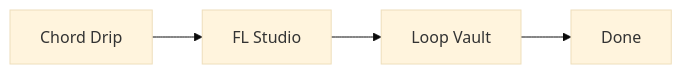
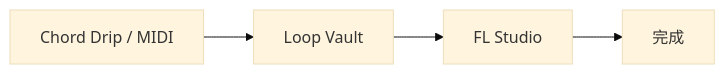
The diagram in README.md (Takuyakou/loop-vault), drawn with Mermaid (base theme) before and after one commit. The commit also changed other lines of this file, not shown here.

````diff
--- a/README.md
+++ b/README.md
@@ -9,6 +25,6 @@
 ```mermaid
 flowchart LR
-  A["Chord Drip"] --> B["FL Studio"]
-  B --> C["Loop Vault"]
-  C --> D["Done"]
+  A["Chord Drip / MIDI"] --> B["Loop Vault"]
+  B --> C["FL Studio"]
+  C --> D["完成"]
 ```
````
